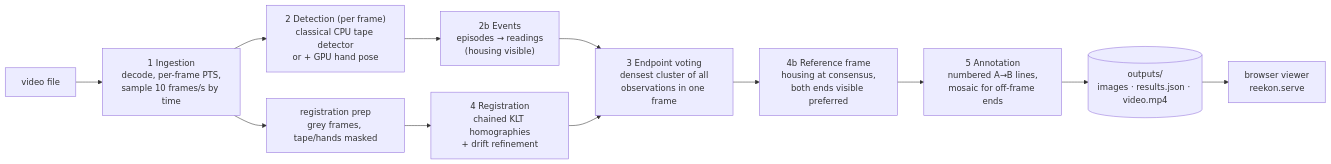
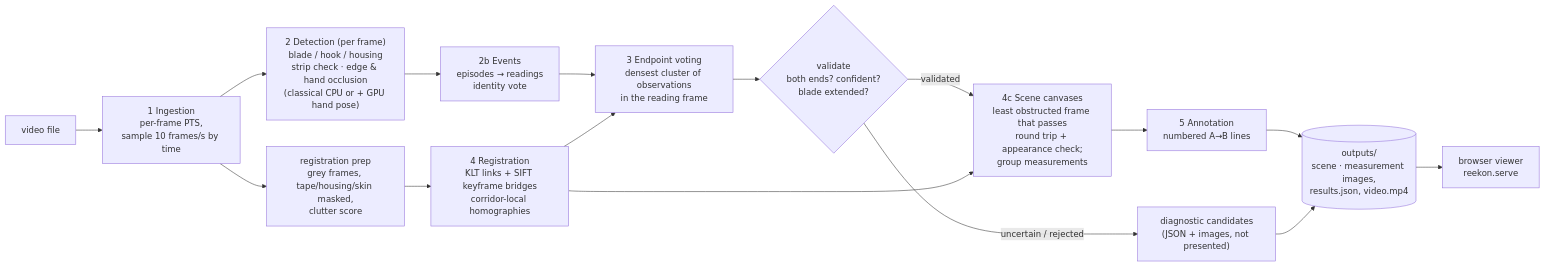
Before and after one commit to NJROzzy/CV-Challenge-: the diagram in README.md, drawn with Mermaid. The commit also changed other lines of this file, not shown here.

First line of the commit message:
docs: document validation, scene images, four-video results and GPU findings

````diff
--- a/README.md
+++ b/README.md
@@ -77,14 +85,18 @@
 ```mermaid
 flowchart LR
-  V[video file] --> I["1 Ingestion<br/>decode, per-frame PTS,<br/>sample 10 frames/s by time"]
-  I --> D["2 Detection (per frame)<br/>classical CPU tape detector<br/>or + GPU hand pose"]
-  I --> P["registration prep<br/>grey frames, tape/hands masked"]
-  D --> E["2b Events<br/>episodes → readings<br/>(housing visible)"]
-  E --> L["3 Endpoint voting<br/>densest cluster of all<br/>observations in one frame"]
-  P --> R["4 Registration<br/>chained KLT homographies<br/>+ drift refinement"]
+  V[video file] --> I["1 Ingestion<br/>per-frame PTS,<br/>sample 10 frames/s by time"]
+  I --> D["2 Detection (per frame)<br/>blade / hook / housing<br/>strip check · edge & hand occlusion<br/>(classical CPU or + GPU hand pose)"]
+  I --> P["registration prep<br/>grey frames, tape/housing/skin masked,<br/>clutter score"]
+  D --> E["2b Events<br/>episodes → readings<br/>identity vote"]
+  E --> L["3 Endpoint voting<br/>densest cluster of observations<br/>in the reading frame"]
+  P --> R["4 Registration<br/>KLT links + SIFT keyframe bridges<br/>corridor-local homographies"]
   R --> L
-  L --> C["4b Reference frame<br/>housing at consensus,<br/>both ends visible preferred"]
-  C --> A["5 Annotation<br/>numbered A→B lines,<br/>mosaic for off-frame ends"]
-  A --> O[("outputs/<br/>images · results.json · video.mp4")]
+  L --> Q{"validate<br/>both ends? confident?<br/>blade extended?"}
+  Q -->|validated| S["4c Scene canvases<br/>least obstructed frame that passes<br/>round trip + appearance check;<br/>group measurements"]
+  Q -->|uncertain / rejected| X["diagnostic candidates<br/>(JSON + images, not presented)"]
+  R --> S
+  S --> A["5 Annotation<br/>numbered A→B lines"]
+  A --> O[("outputs/<br/>scene · measurement images,<br/>results.json, video.mp4")]
+  X --> O
   O --> W["browser viewer<br/>reekon.serve"]
 ```
````
